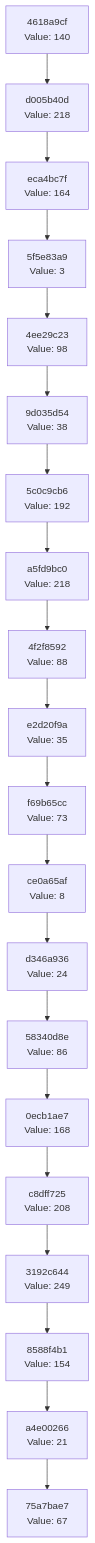
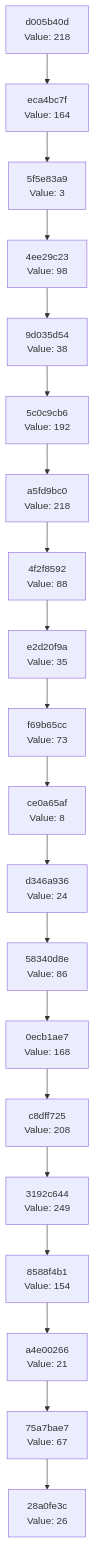
The diagram in docs/CHAIN_VISUALIZATION.md (Abhisheksinha1506/hash-chain-evolver), drawn with Mermaid before and after one commit. The commit also changed 3 other files, not shown here.

````diff
--- a/docs/CHAIN_VISUALIZATION.md
+++ b/docs/CHAIN_VISUALIZATION.md
@@ -3,42 +3,42 @@
 ```mermaid
 graph TD
-    C0["75a7bae7<br/>Value: 67"]
-    C1["a4e00266<br/>Value: 21"]
+    C0["28a0fe3c<br/>Value: 26"]
+    C1["75a7bae7<br/>Value: 67"]
     C1 --> C0
-    C2["8588f4b1<br/>Value: 154"]
+    C2["a4e00266<br/>Value: 21"]
     C2 --> C1
-    C3["3192c644<br/>Value: 249"]
+    C3["8588f4b1<br/>Value: 154"]
     C3 --> C2
-    C4["c8dff725<br/>Value: 208"]
+    C4["3192c644<br/>Value: 249"]
     C4 --> C3
-    C5["0ecb1ae7<br/>Value: 168"]
+    C5["c8dff725<br/>Value: 208"]
     C5 --> C4
-    C6["58340d8e<br/>Value: 86"]
+    C6["0ecb1ae7<br/>Value: 168"]
     C6 --> C5
-    C7["d346a936<br/>Value: 24"]
+    C7["58340d8e<br/>Value: 86"]
     C7 --> C6
-    C8["ce0a65af<br/>Value: 8"]
+    C8["d346a936<br/>Value: 24"]
     C8 --> C7
-    C9["f69b65cc<br/>Value: 73"]
+    C9["ce0a65af<br/>Value: 8"]
     C9 --> C8
-    C10["e2d20f9a<br/>Value: 35"]
+    C10["f69b65cc<br/>Value: 73"]
     C10 --> C9
-    C11["4f2f8592<br/>Value: 88"]
+    C11["e2d20f9a<br/>Value: 35"]
     C11 --> C10
-    C12["a5fd9bc0<br/>Value: 218"]
+    C12["4f2f8592<br/>Value: 88"]
     C12 --> C11
-    C13["5c0c9cb6<br/>Value: 192"]
+    C13["a5fd9bc0<br/>Value: 218"]
     C13 --> C12
-    C14["9d035d54<br/>Value: 38"]
+    C14["5c0c9cb6<br/>Value: 192"]
     C14 --> C13
-    C15["4ee29c23<br/>Value: 98"]
+    C15["9d035d54<br/>Value: 38"]
     C15 --> C14
-    C16["5f5e83a9<br/>Value: 3"]
+    C16["4ee29c23<br/>Value: 98"]
     C16 --> C15
-    C17["eca4bc7f<br/>Value: 164"]
+    C17["5f5e83a9<br/>Value: 3"]
     C17 --> C16
-    C18["d005b40d<br/>Value: 218"]
+    C18["eca4bc7f<br/>Value: 164"]
     C18 --> C17
-    C19["4618a9cf<br/>Value: 140"]
+    C19["d005b40d<br/>Value: 218"]
     C19 --> C18
 ```
````
